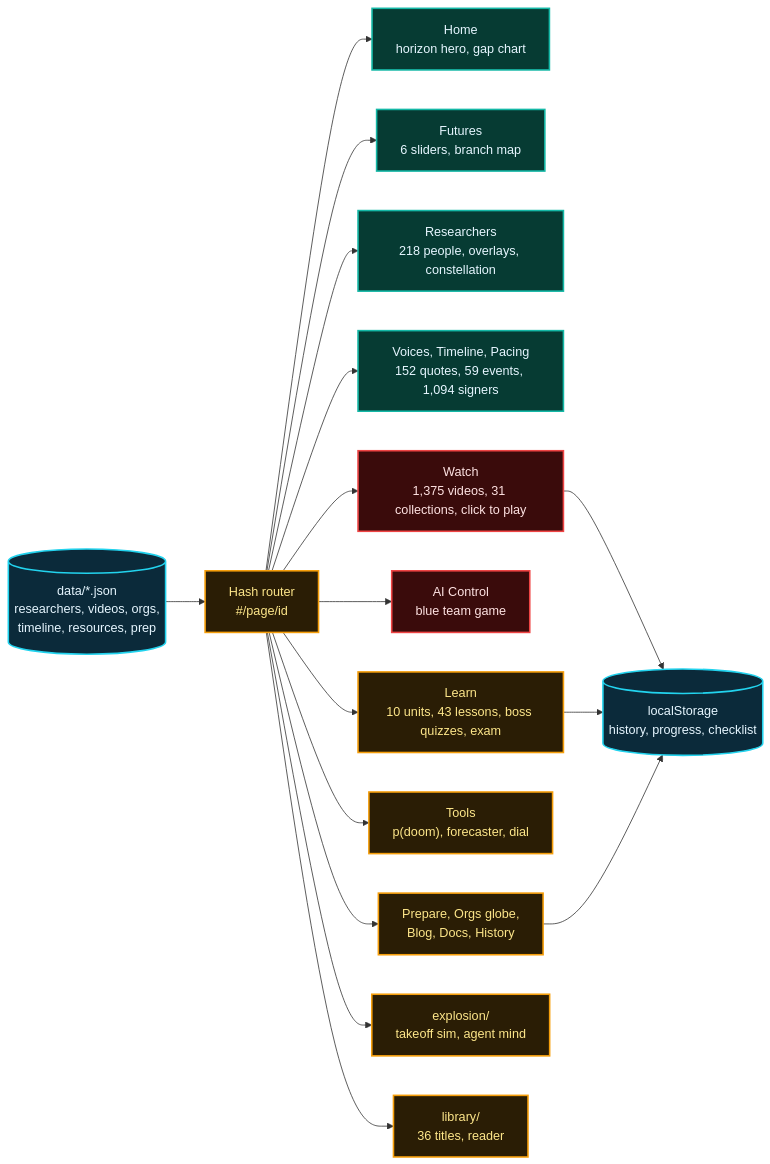
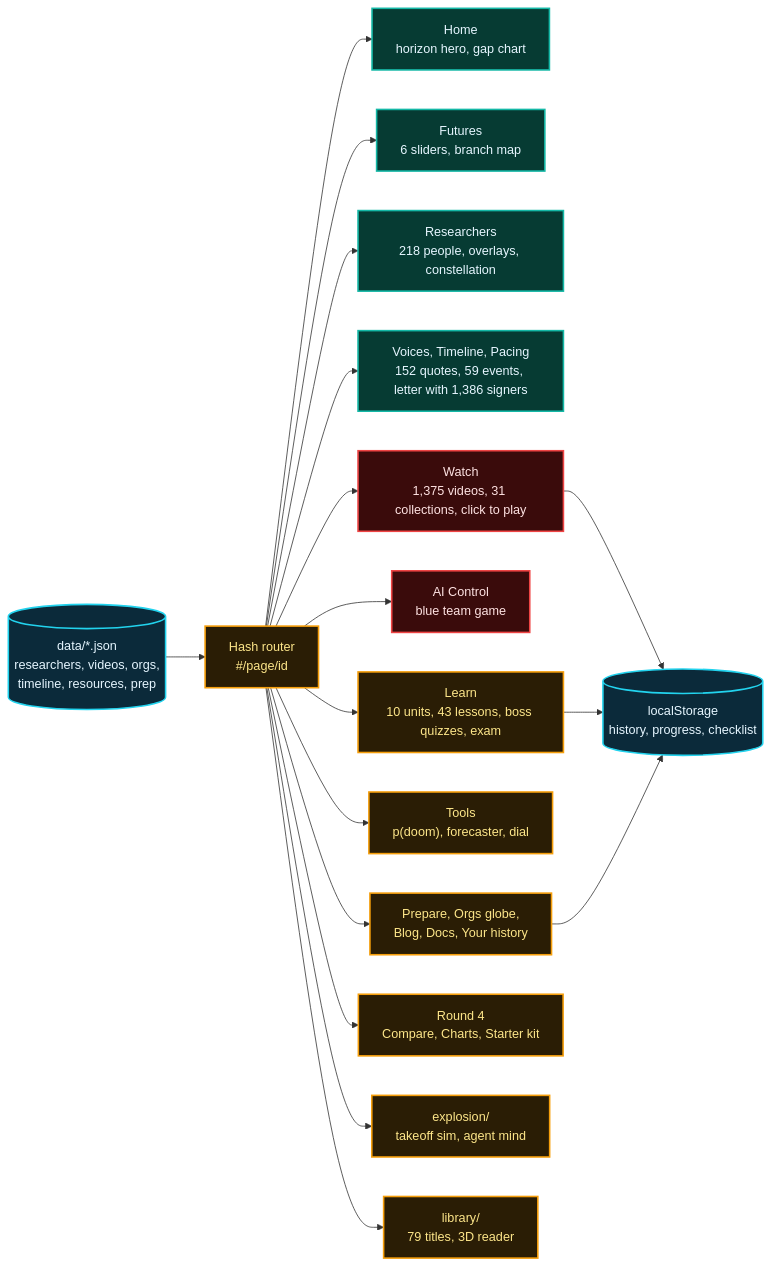
One commit to lo3elyon/ASI changed the tenth of 14 diagrams in README.md. Above: the diagram before and after it, drawn with Mermaid. The commit also changed other lines of this file and 323 other files, not shown here.

Commit message:
Threshold 4: compare, stats, starter kit, daily brief, shortcuts, share, full QA fixes

````diff
--- a/README.md
+++ b/README.md
@@ -636,26 +636,27 @@
 ```mermaid
 flowchart LR
     D[("data/*.json<br/>researchers, videos, orgs,<br/>timeline, resources, prep")] --> R["Hash router<br/>#/page/id"]
     R --> H["Home<br/>horizon hero, gap chart"]
     R --> F["Futures<br/>6 sliders, branch map"]
     R --> P["Researchers<br/>218 people, overlays, constellation"]
-    R --> V["Voices, Timeline, Pacing<br/>152 quotes, 59 events, 1,094 signers"]
+    R --> V["Voices, Timeline, Pacing<br/>152 quotes, 59 events, letter with 1,386 signers"]
     R --> W["Watch<br/>1,375 videos, 31 collections, click to play"]
     R --> C["AI Control<br/>blue team game"]
     R --> L["Learn<br/>10 units, 43 lessons, boss quizzes, exam"]
     R --> T["Tools<br/>p(doom), forecaster, dial"]
-    R --> X["Prepare, Orgs globe,<br/>Blog, Docs, History"]
+    R --> X["Prepare, Orgs globe,<br/>Blog, Docs, Your history"]
+    R --> N["Round 4<br/>Compare, Charts, Starter kit"]
     R --> E["explosion/<br/>takeoff sim, agent mind"]
-    R --> B["library/<br/>36 titles, reader"]
+    R --> B["library/<br/>79 titles, 3D reader"]
     W --> S[("localStorage<br/>history, progress, checklist")]
     L --> S
     X --> S
     classDef d fill:#0b2a3a,stroke:#22d3ee,stroke-width:2px,color:#e6f6ff
     classDef p fill:#063b33,stroke:#14b8a6,stroke-width:2px,color:#e6f6ff
     classDef w fill:#2a1d05,stroke:#f59e0b,stroke-width:2px,color:#fde68a
     classDef r fill:#3a0b0b,stroke:#ef4444,stroke-width:2px,color:#fee2e2
     class D,S d
     class H,F,P,V p
     class W,C r
-    class L,T,X,R,E,B w
+    class L,T,X,R,E,B,N w
 ```
````
